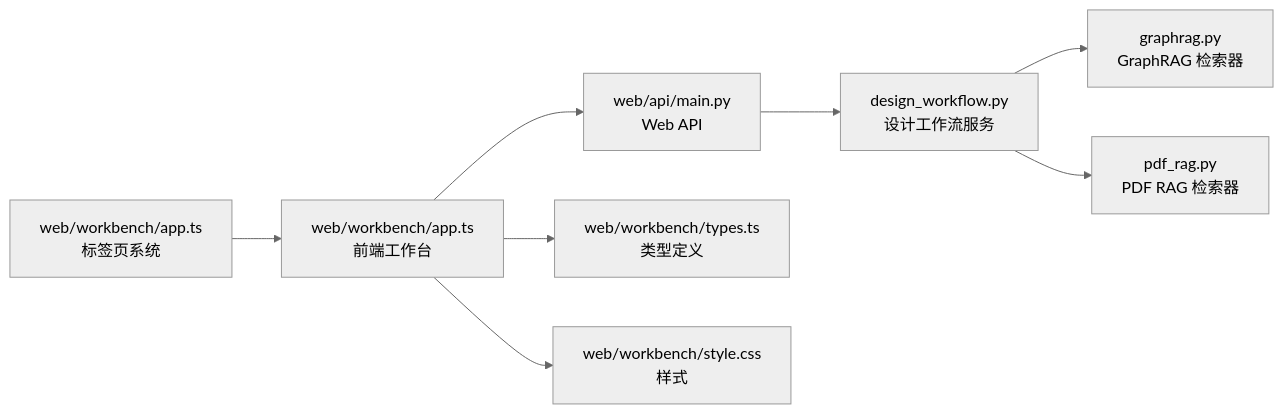
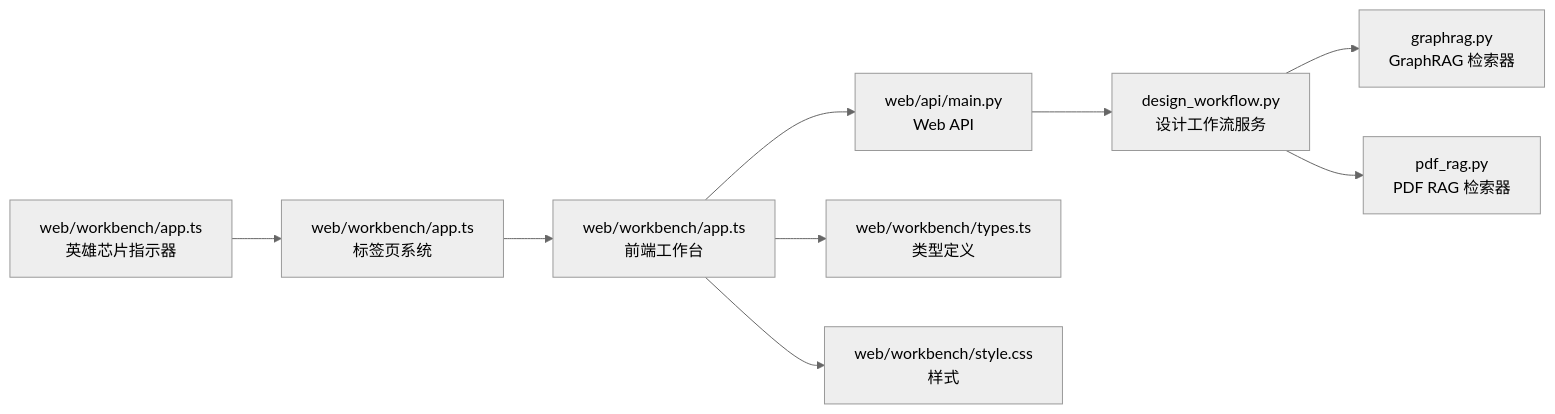
Before and after one commit to wsqstar/RoadGen3D: the tenth of 10 diagrams in .qoder/repowiki/zh/content/Web界面系统/工作台界面/知识检索面板.md, drawn with Mermaid (neutral theme). The commit also changed other lines of this file and 13 other files, not shown here.

First line of the commit message:
feat(workbench): add hero chip step indicator and enhance tab system

````diff
--- a/.qoder/repowiki/zh/content/Web界面系统/工作台界面/知识检索面板.md
+++ b/.qoder/repowiki/zh/content/Web界面系统/工作台界面/知识检索面板.md
@@ -391,10 +468,11 @@
 ```mermaid
 graph LR
-TAB_APP["web/workbench/app.ts<br/>标签页系统"] --> FE["web/workbench/app.ts<br/>前端工作台"]
+HERO["web/workbench/app.ts<br/>英雄芯片指示器"] --> TAB_APP["web/workbench/app.ts<br/>标签页系统"]
+TAB_APP --> FE["web/workbench/app.ts<br/>前端工作台"]
 FE --> API["web/api/main.py<br/>Web API"]
 API --> WF["design_workflow.py<br/>设计工作流服务"]
 WF --> GR["graphrag.py<br/>GraphRAG 检索器"]
 WF --> PR["pdf_rag.py<br/>PDF RAG 检索器"]
 FE --> TYPES["web/workbench/types.ts<br/>类型定义"]
 FE --> STYLE["web/workbench/style.css<br/>样式"]
 ```
````
